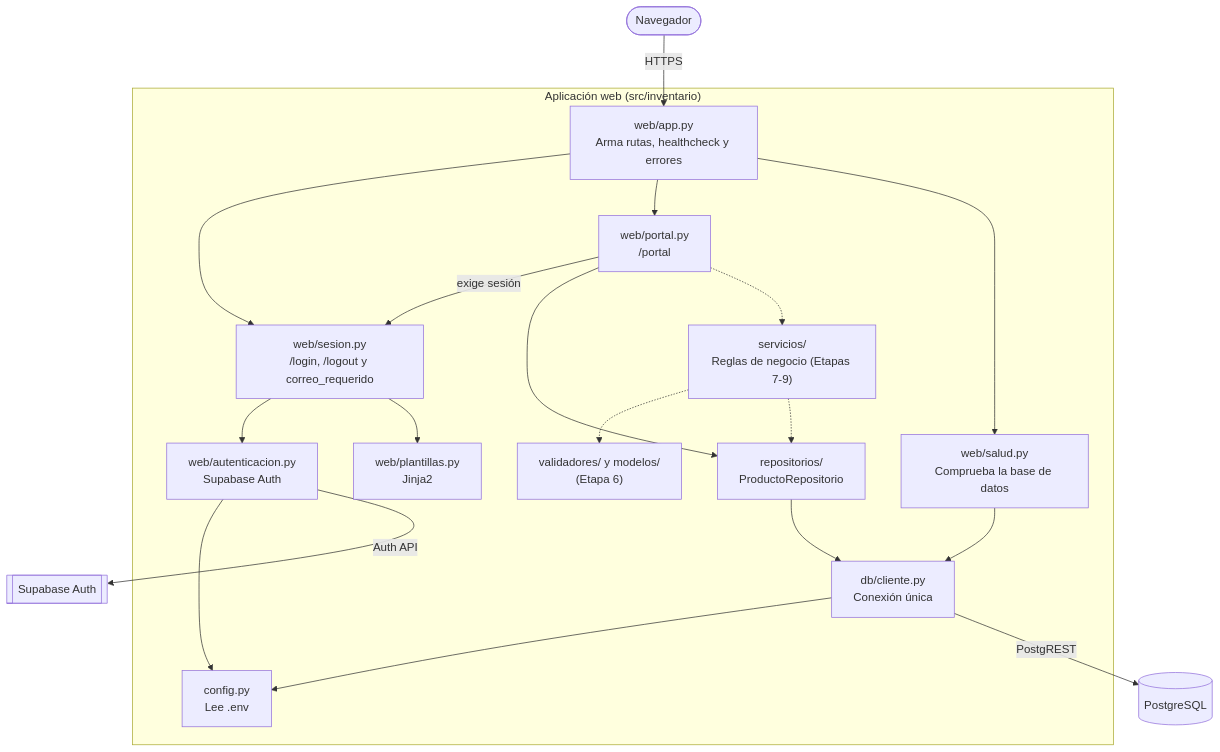
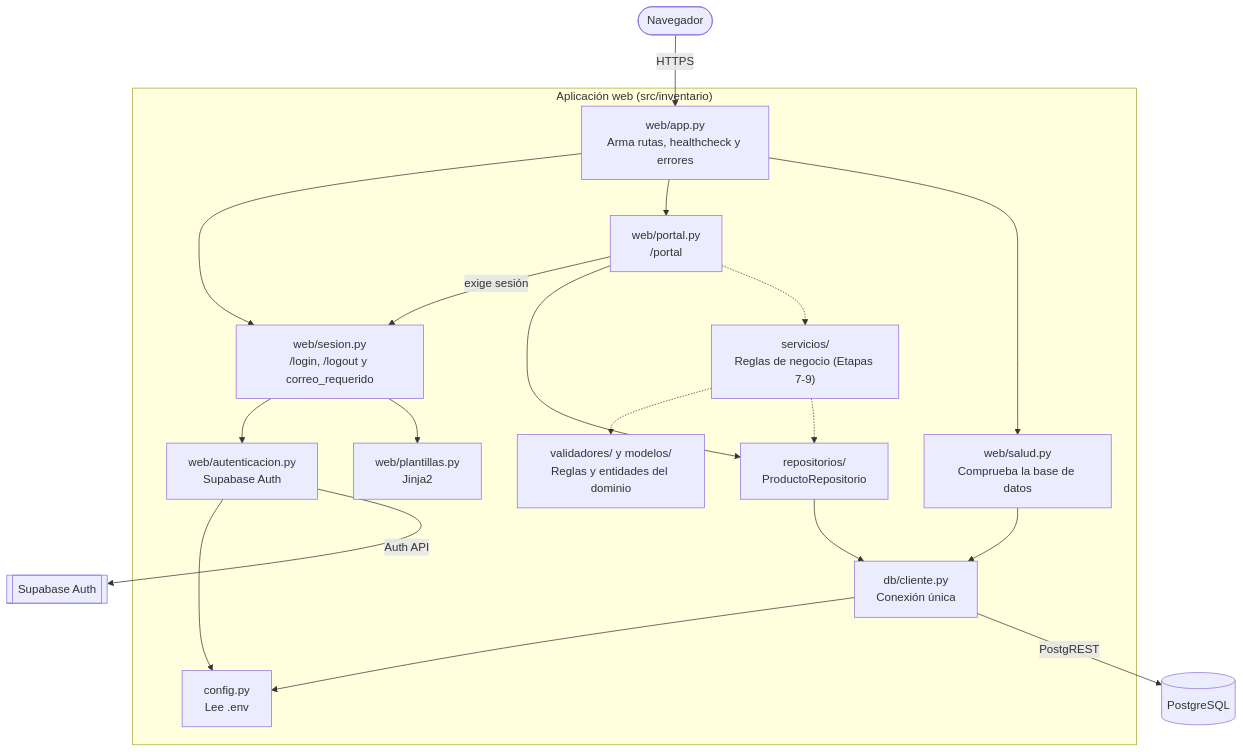
The third of 4 diagrams in docs/arquitectura.md (Isosa9/Agro-Inventario), drawn with Mermaid before and after one commit. The commit also changed other lines of this file and 1 other file, not shown here.

Commit message:
docs: documentar modelos y validadores

````diff
--- a/docs/arquitectura.md
+++ b/docs/arquitectura.md
@@ -90,36 +90,36 @@
 ```mermaid
 flowchart TB
     navegador([Navegador]) -->|HTTPS| app
 
     subgraph web["Aplicación web (src/inventario)"]
         app["web/app.py<br/>Arma rutas, healthcheck y errores"]
         sesion["web/sesion.py<br/>/login, /logout y correo_requerido"]
         portal["web/portal.py<br/>/portal"]
         salud["web/salud.py<br/>Comprueba la base de datos"]
         autent["web/autenticacion.py<br/>Supabase Auth"]
         plantillas["web/plantillas.py<br/>Jinja2"]
         servicios["servicios/<br/>Reglas de negocio (Etapas 7-9)"]
-        validadores["validadores/ y modelos/<br/>(Etapa 6)"]
+        validadores["validadores/ y modelos/<br/>Reglas y entidades del dominio"]
         repos["repositorios/<br/>ProductoRepositorio"]
         cliente["db/cliente.py<br/>Conexión única"]
         config["config.py<br/>Lee .env"]
     end
 
     app --> sesion
     app --> portal
     app --> salud
     sesion --> autent
     sesion --> plantillas
     portal -->|exige sesión| sesion
     portal --> repos
     portal -.-> servicios
     servicios -.-> validadores
     servicios -.-> repos
     repos --> cliente
     salud --> cliente
     autent --> config
     cliente --> config
 
     cliente -->|PostgREST| db[(PostgreSQL)]
     autent -->|Auth API| auth[[Supabase Auth]]
 ```
````
